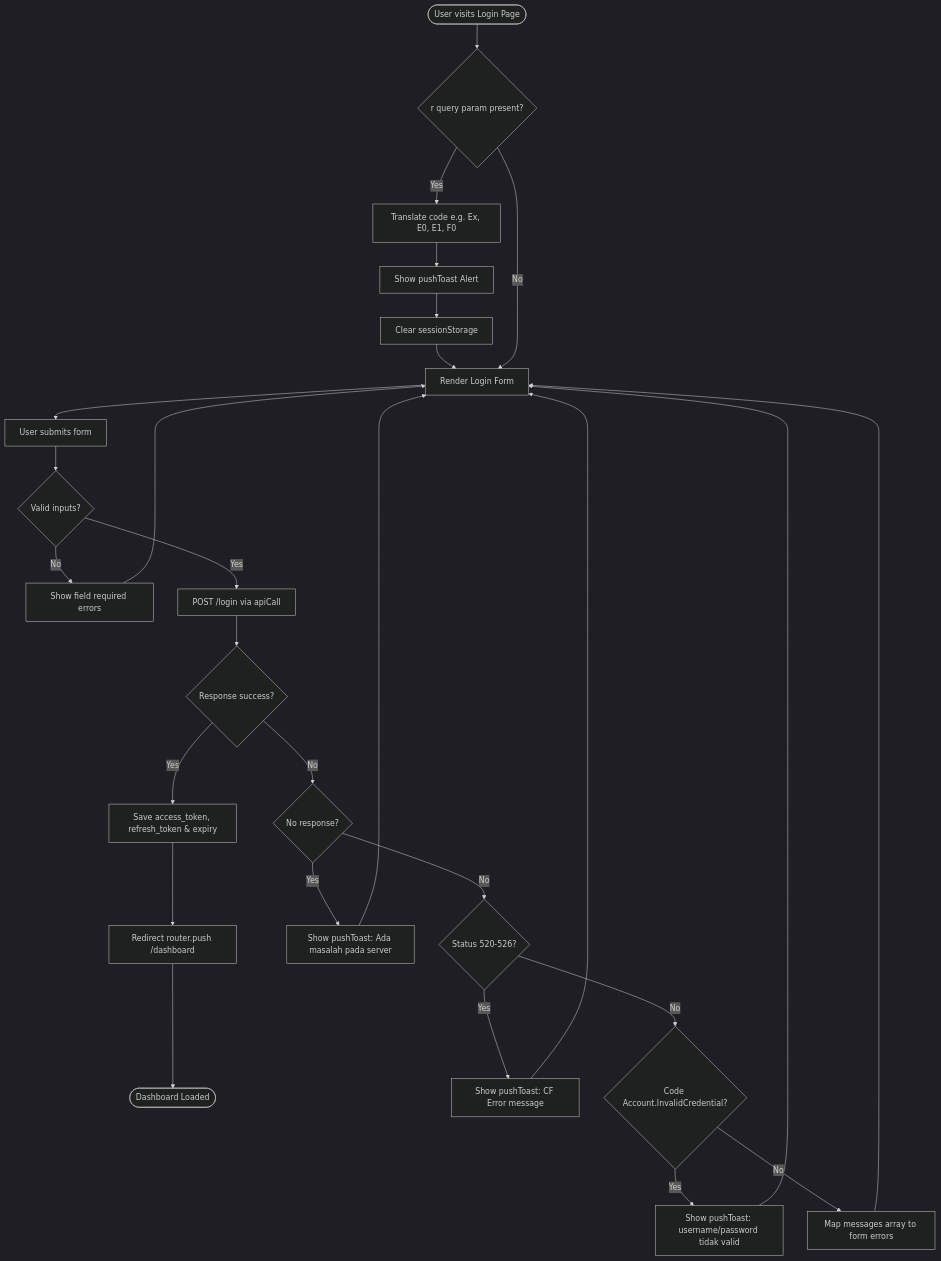
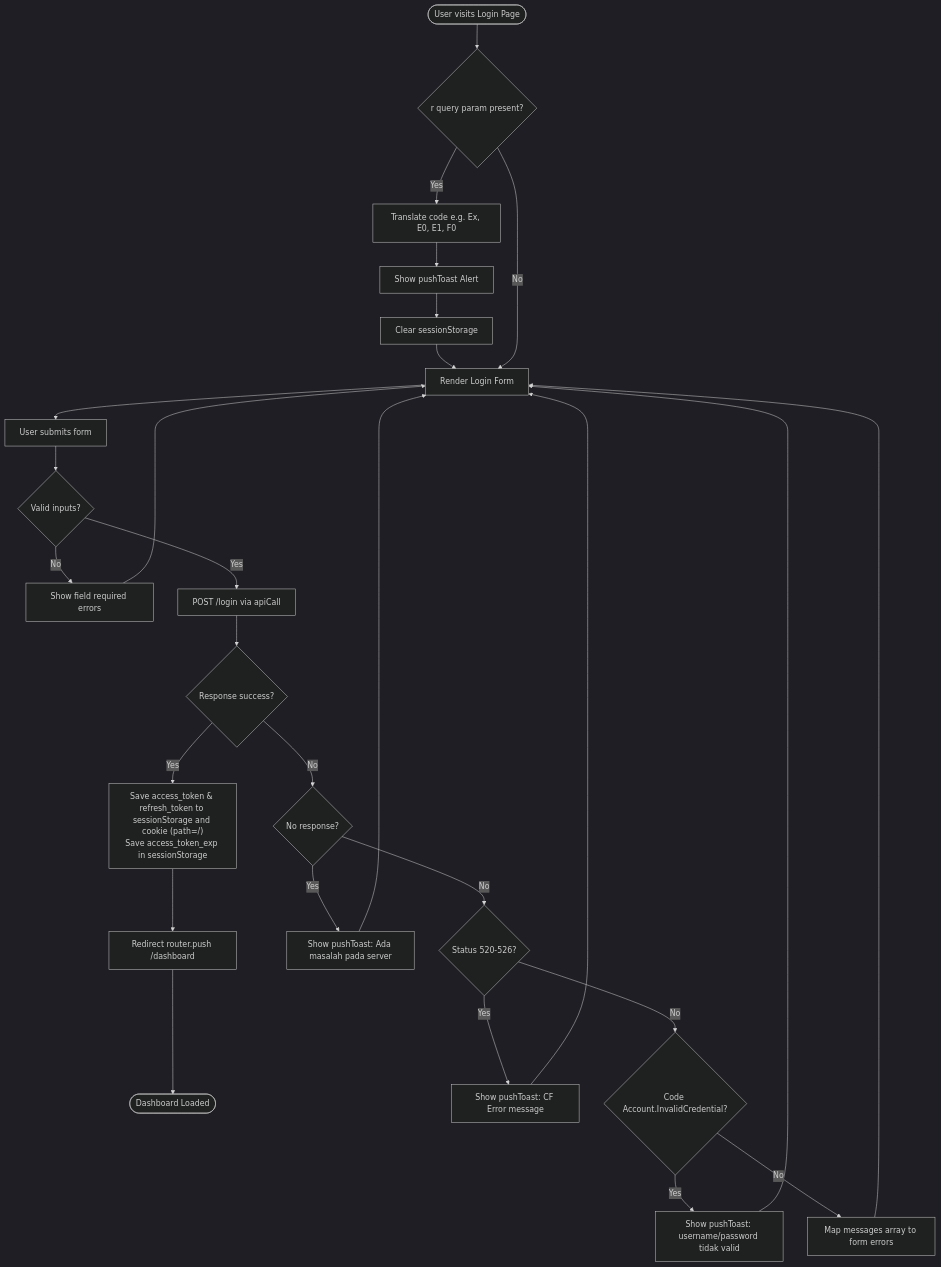
Before and after one commit to adamf0/unpaksimonevfrontv2: the second of 9 diagrams in docs/FLOW_DIAGRAMS.md, drawn with Mermaid (dark theme). The commit also changed other lines of this file and 3 other files, not shown here.

````diff
--- a/docs/FLOW_DIAGRAMS.md
+++ b/docs/FLOW_DIAGRAMS.md
@@ -11,27 +42,27 @@
 ```mermaid
 flowchart TD
     Start([User visits Login Page]) --> ParamCheck{r query param present?}
     ParamCheck -- Yes --> TranslateReason[Translate code e.g. Ex, E0, E1, F0]
     TranslateReason --> ShowToast[Show pushToast Alert]
     ShowToast --> ClearSession[Clear sessionStorage]
     ClearSession --> FormRender[Render Login Form]
     ParamCheck -- No --> FormRender
     
     FormRender --> Submit[User submits form]
     Submit --> ClientVal{Valid inputs?}
     ClientVal -- No --> ValidationErr[Show field required errors] --> FormRender
     ClientVal -- Yes --> APICall[POST /login via apiCall]
     
     APICall --> APIResponse{Response success?}
-    APIResponse -- Yes --> SaveTokens[Save access_token, refresh_token & expiry]
+    APIResponse -- Yes --> SaveTokens["Save access_token & refresh_token to sessionStorage and cookie (path=/)\nSave access_token_exp in sessionStorage"]
     SaveTokens --> RedirectDashboard[Redirect router.push /dashboard]
     RedirectDashboard --> End([Dashboard Loaded])
     
     APIResponse -- No --> CheckErrType{No response?}
     CheckErrType -- Yes --> OfflineErr[Show pushToast: Ada masalah pada server] --> FormRender
     CheckErrType -- No --> CheckCF{Status 520-526?}
     CheckCF -- Yes --> CFBlocked[Show pushToast: CF Error message] --> FormRender
     CheckCF -- No --> InvalidCreds{Code Account.InvalidCredential?}
     InvalidCreds -- Yes --> InvalidToast[Show pushToast: username/password tidak valid] --> FormRender
     InvalidCreds -- No --> ServerValidation[Map messages array to form errors] --> FormRender
 ```
````
